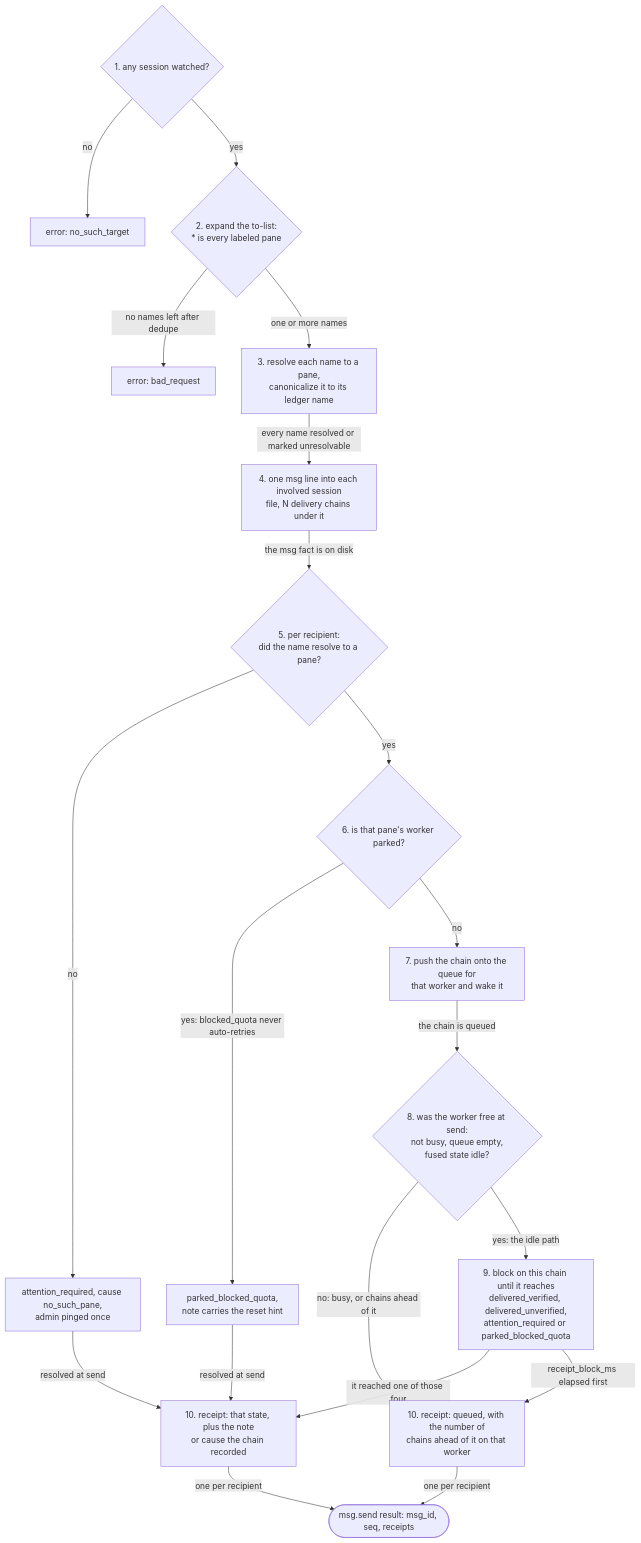
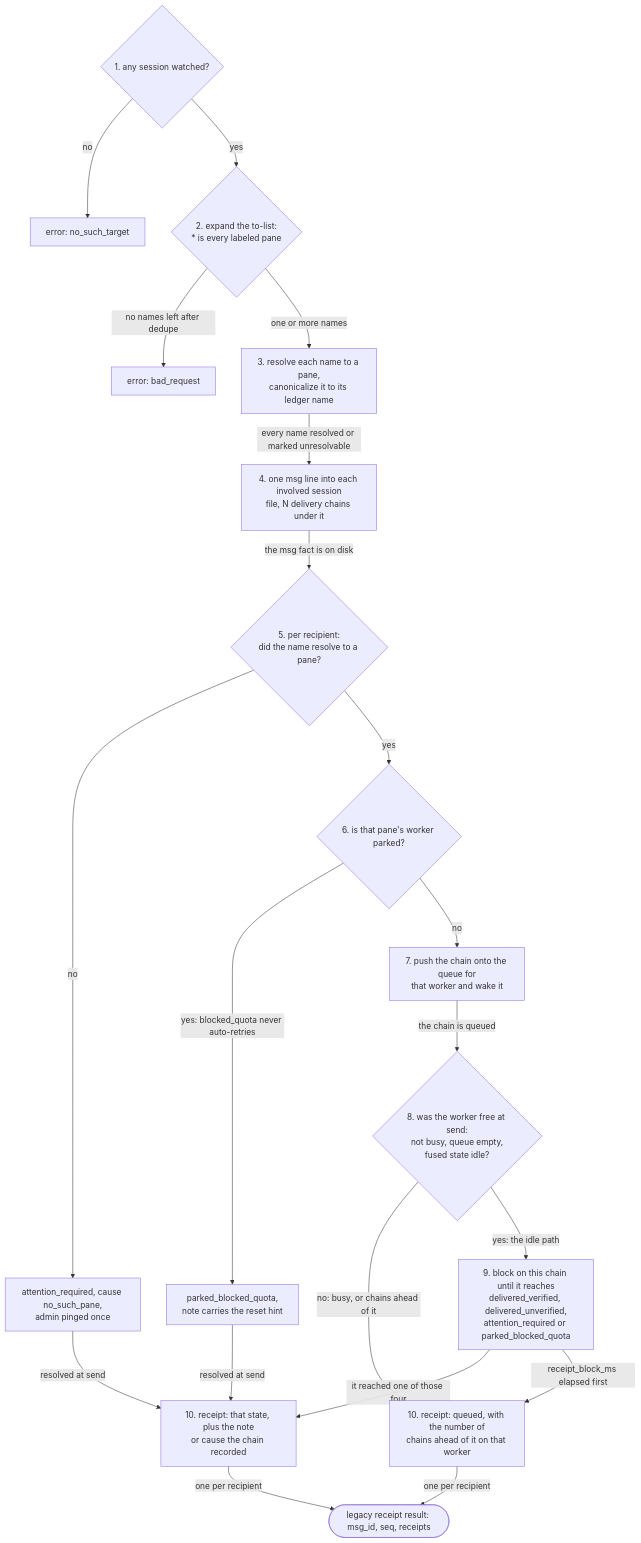
One commit to cyclops-team/cyclops changed the fourth of 10 diagrams in docs/development/ARCHITECTURE.md. Above: the diagram before and after it, drawn with Mermaid. The commit also changed other lines of this file and 4 other files, not shown here.

````diff
--- a/docs/development/ARCHITECTURE.md
+++ b/docs/development/ARCHITECTURE.md
@@ -114,23 +137,23 @@
 ```mermaid
 flowchart TD
     s1{"1. any session watched?"} -->|no| e1["error: no_such_target"]
     s1 -->|yes| s2{"2. expand the to-list:<br/>* is every labeled pane"}
     s2 -->|"no names left after dedupe"| e2["error: bad_request"]
     s2 -->|"one or more names"| s3["3. resolve each name to a pane,<br/>canonicalize it to its ledger name"]
     s3 -->|"every name resolved or marked unresolvable"| s4["4. one msg line into each involved session<br/>file, N delivery chains under it"]
     s4 -->|"the msg fact is on disk"| s5{"5. per recipient:<br/>did the name resolve to a pane?"}
     s5 -->|no| gone["attention_required, cause no_such_pane,<br/>admin pinged once"]
     s5 -->|yes| s6{"6. is that pane's worker parked?"}
     s6 -->|"yes: blocked_quota never auto-retries"| parked["parked_blocked_quota,<br/>note carries the reset hint"]
     s6 -->|no| s7["7. push the chain onto the queue for<br/>that worker and wake it"]
     s7 -->|"the chain is queued"| s8{"8. was the worker free at send:<br/>not busy, queue empty,<br/>fused state idle?"}
     s8 -->|"no: busy, or chains ahead of it"| moving
     s8 -->|"yes: the idle path"| s9["9. block on this chain until it reaches<br/>delivered_verified, delivered_unverified,<br/>attention_required or parked_blocked_quota"]
     s9 -->|"it reached one of those four"| settled
     s9 -->|"receipt_block_ms elapsed first"| moving
     gone -->|"resolved at send"| settled
     parked -->|"resolved at send"| settled
     settled["10. receipt: that state, plus the note<br/>or cause the chain recorded"] -->|"one per recipient"| out
     moving["10. receipt: queued, with the number of<br/>chains ahead of it on that worker"] -->|"one per recipient"| out
-    out(["msg.send result: msg_id, seq, receipts"])
+    out(["legacy receipt result: msg_id, seq, receipts"])
 ```
````
